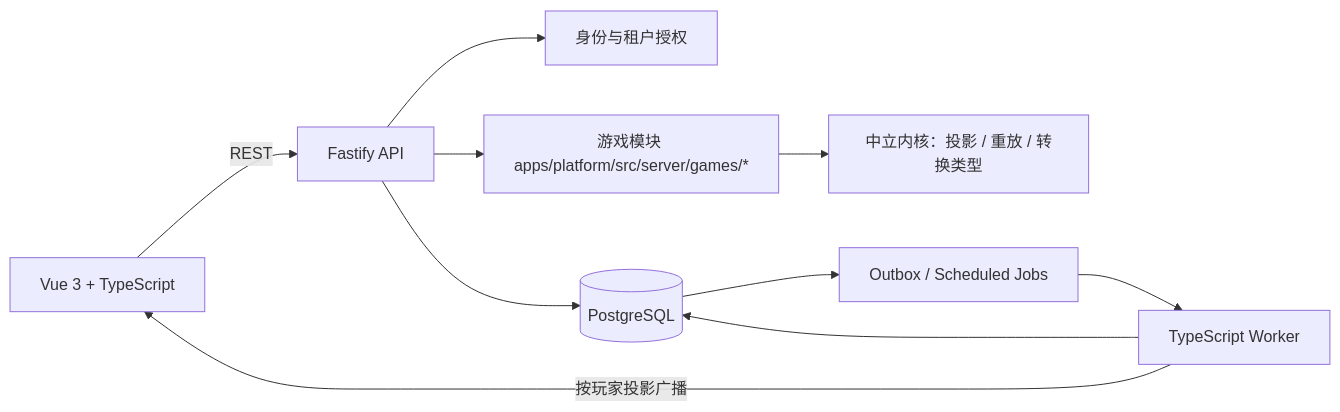
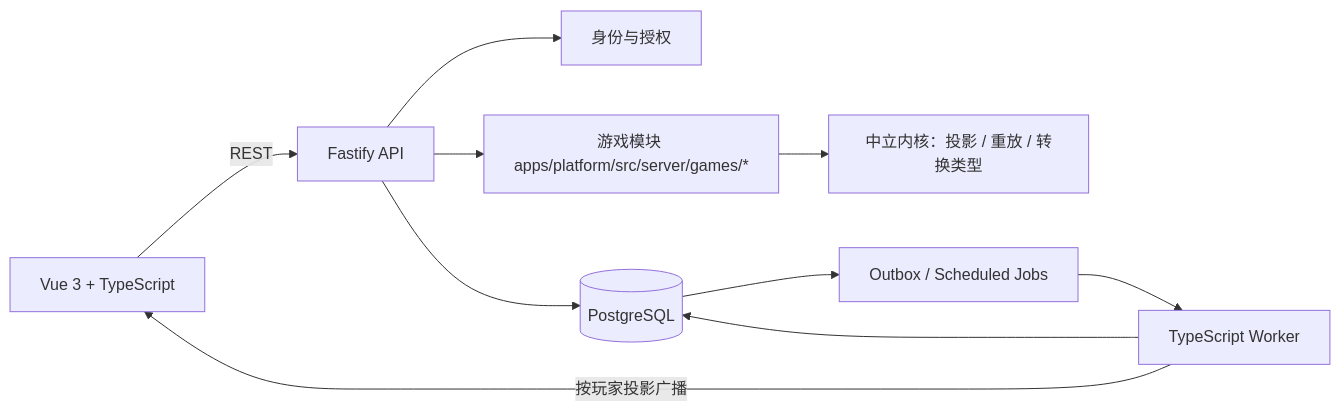
One commit to Fize/vbrpg changed the diagram in docs/platform-migration-plan.md. Above: the diagram before and after it, drawn with Mermaid. The commit also changed other lines of this file and 11 other files, not shown here.

````diff
--- a/docs/platform-migration-plan.md
+++ b/docs/platform-migration-plan.md
@@ -63,12 +63,12 @@
 ```mermaid
 flowchart LR
     Browser[Vue 3 + TypeScript] -->|REST| API[Fastify API]
-    API --> Auth[身份与租户授权]
+    API --> Auth[身份与授权]
     API --> Games[游戏模块 apps/platform/src/server/games/*]
     Games --> Engine[中立内核：投影 / 重放 / 转换类型]
     API --> DB[(PostgreSQL)]
     Worker[TypeScript Worker] --> DB
     DB --> Outbox[Outbox / Scheduled Jobs]
     Outbox --> Worker
     Worker -->|按玩家投影广播| Browser
 ```
````
